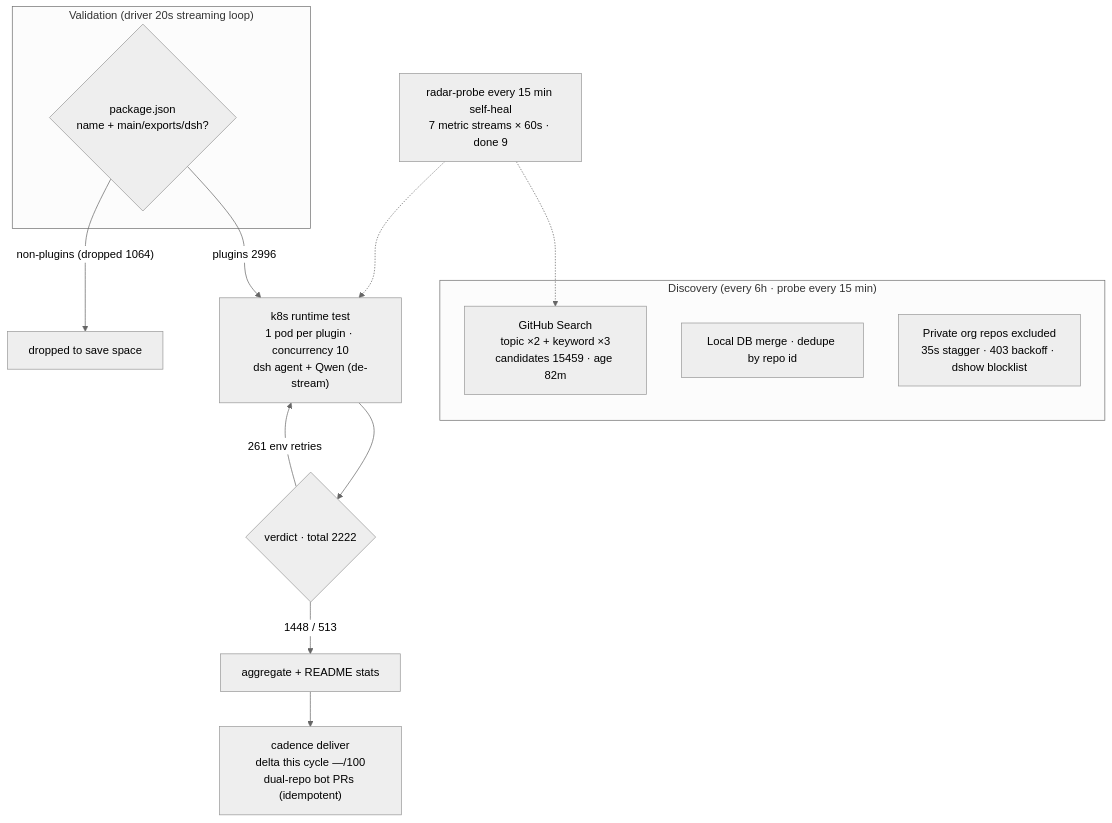
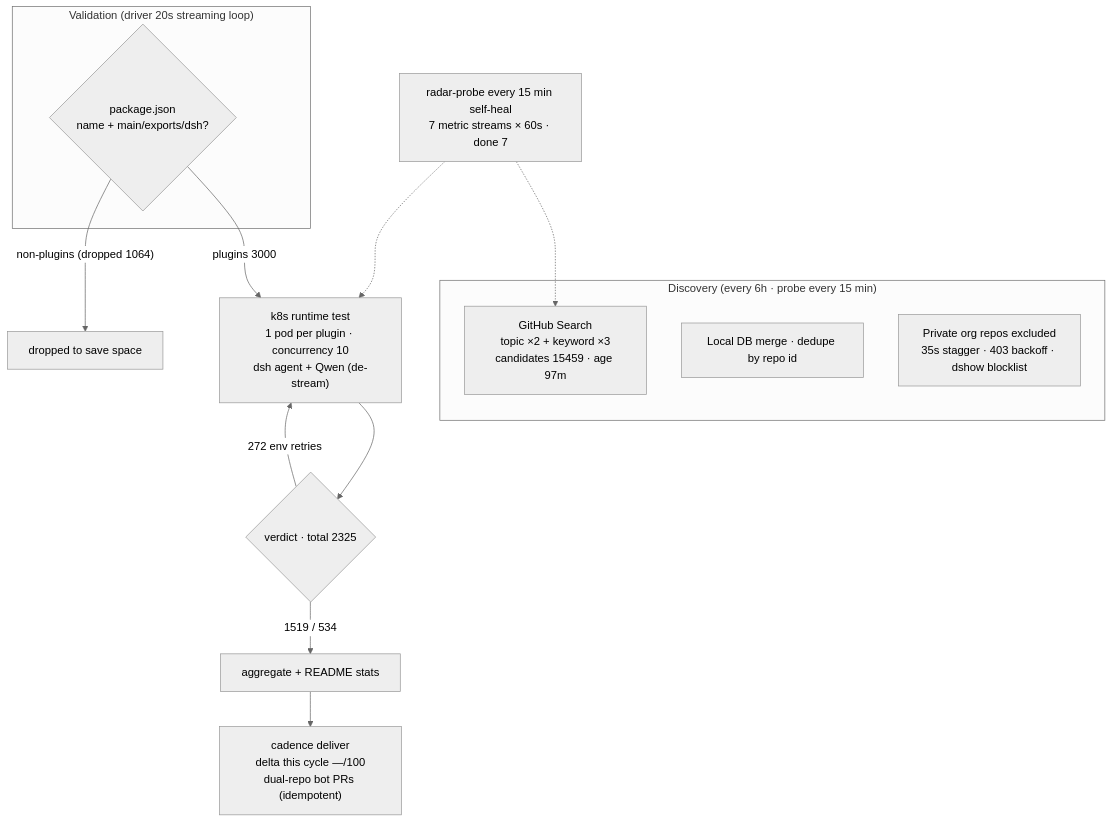
One commit to AdamPlatin123/awesome-dsh-plugins changed the diagram in README.en-US.md. Above: the diagram before and after it, drawn with Mermaid (neutral theme). The commit also changed other lines of this file and 5 other files, not shown here.

````diff
--- a/README.en-US.md
+++ b/README.en-US.md
@@ -30,20 +30,20 @@
 ```mermaid
 flowchart TB
     subgraph Discovery["Discovery (every 6h · probe every 15 min)"]
-        A1["GitHub Search<br/>topic ×2 + keyword ×3<br/>candidates 15459 · age 82m"]
+        A1["GitHub Search<br/>topic ×2 + keyword ×3<br/>candidates 15459 · age 97m"]
         A2["Local DB merge · dedupe by repo id"]
         A3["Private org repos excluded<br/>35s stagger · 403 backoff · dshow blocklist"]
     end
     subgraph Validation["Validation (driver 20s streaming loop)"]
         B1{"package.json<br/>name + main/exports/dsh?"}
     end
-    B1 -->|"plugins 2996"| C1["k8s runtime test<br/>1 pod per plugin · concurrency 10<br/>dsh agent + Qwen (de-stream)"]
+    B1 -->|"plugins 3000"| C1["k8s runtime test<br/>1 pod per plugin · concurrency 10<br/>dsh agent + Qwen (de-stream)"]
     B1 -->|"non-plugins (dropped 1064)"| B3["dropped to save space"]
-    C1 --> D1{"verdict · total 2222"}
-    D1 -->|"1448 / 513"| E1["aggregate + README stats"]
-    D1 -->|"261 env retries"| C1
+    C1 --> D1{"verdict · total 2325"}
+    D1 -->|"1519 / 534"| E1["aggregate + README stats"]
+    D1 -->|"272 env retries"| C1
     E1 --> E2["cadence deliver<br/>delta this cycle —/100<br/>dual-repo bot PRs (idempotent)"]
-    M["radar-probe every 15 min self-heal<br/>7 metric streams × 60s · done 9"]
+    M["radar-probe every 15 min self-heal<br/>7 metric streams × 60s · done 7"]
     M -.-> A1
     M -.-> C1
 ```
````
